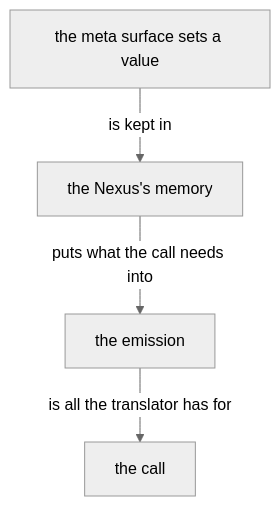
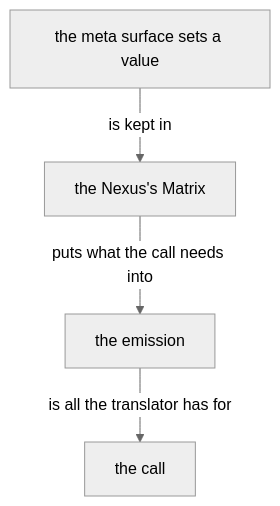
One commit to LiGoldragon/psyche-belief changed the eighth of 13 diagrams in vision/nexus/1.md. Above: the diagram before and after it, drawn with Mermaid (neutral theme). The commit also changed other lines of this file and 17 other files, not shown here.

Commit message:
Rename Flow Nexus version 1 to the Loom, Memory to Matrix, on his word

````diff
--- a/vision/nexus/1.md
+++ b/vision/nexus/1.md
@@ -156,6 +156,6 @@
 ```mermaid
 flowchart TB
-    m["the meta surface sets a value"] -- "is kept in" --> n["the Nexus's memory"]
+    m["the meta surface sets a value"] -- "is kept in" --> n["the Nexus's Matrix"]
     n -- "puts what the call needs into" --> e["the emission"]
     e -- "is all the translator has for" --> c["the call"]
 ```
````
